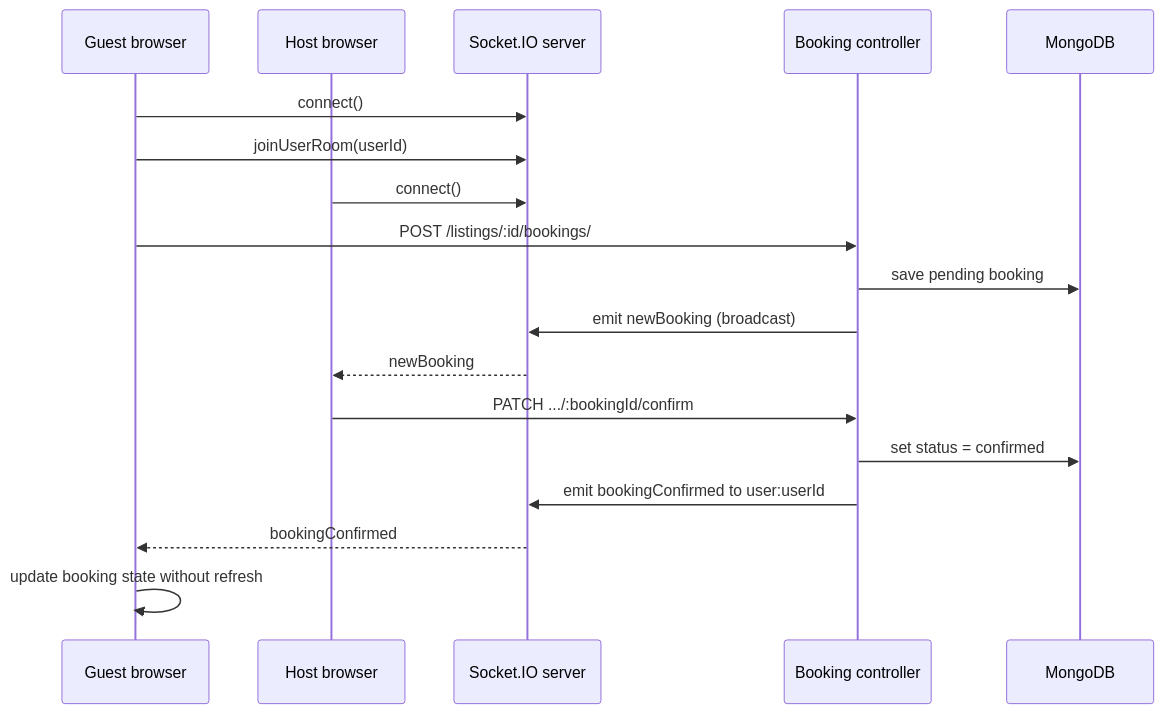
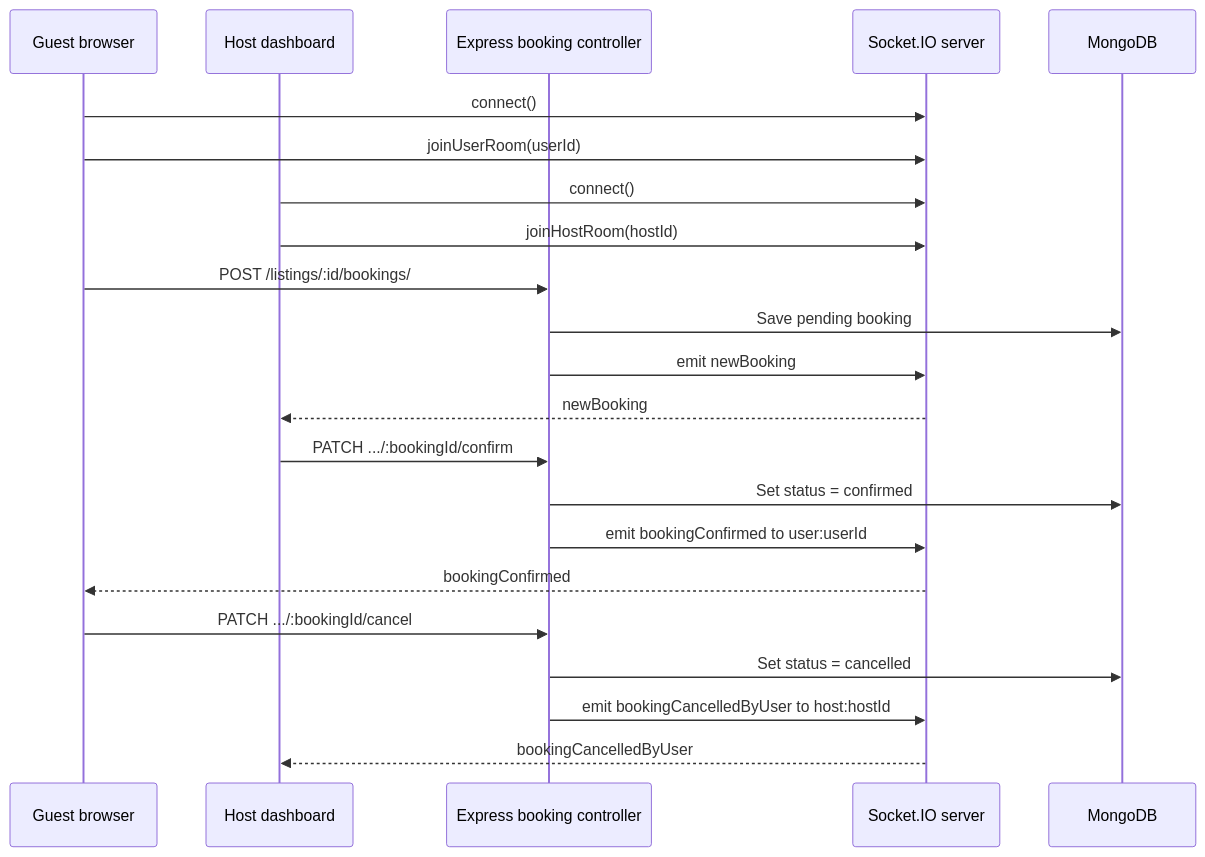
The first of 3 diagrams in API_DOCUMENTATION.md (vivek-kr011/WanderLust), drawn with Mermaid before and after one commit. The commit also changed other lines of this file, not shown here.

Commit message:
Update API-Documentation

````diff
--- a/API_DOCUMENTATION.md
+++ b/API_DOCUMENTATION.md
@@ -531,21 +534,28 @@
 ```mermaid
 sequenceDiagram
-  participant U as Guest browser
-  participant H as Host browser
+  participant G as Guest browser
+  participant H as Host dashboard
+  participant API as Express booking controller
   participant S as Socket.IO server
-  participant B as Booking controller
   participant DB as MongoDB
 
-  U->>S: connect()
-  U->>S: joinUserRoom(userId)
+  G->>S: connect()
+  G->>S: joinUserRoom(userId)
   H->>S: connect()
-  U->>B: POST /listings/:id/bookings/
-  B->>DB: save pending booking
-  B->>S: emit newBooking (broadcast)
+  H->>S: joinHostRoom(hostId)
+
+  G->>API: POST /listings/:id/bookings/
+  API->>DB: Save pending booking
+  API->>S: emit newBooking
   S-->>H: newBooking
-  H->>B: PATCH .../:bookingId/confirm
-  B->>DB: set status = confirmed
-  B->>S: emit bookingConfirmed to user:userId
-  S-->>U: bookingConfirmed
-  U->>U: update booking state without refresh
+
+  H->>API: PATCH .../:bookingId/confirm
+  API->>DB: Set status = confirmed
+  API->>S: emit bookingConfirmed to user:userId
+  S-->>G: bookingConfirmed
+
+  G->>API: PATCH .../:bookingId/cancel
+  API->>DB: Set status = cancelled
+  API->>S: emit bookingCancelledByUser to host:hostId
+  S-->>H: bookingCancelledByUser
 ```
````
